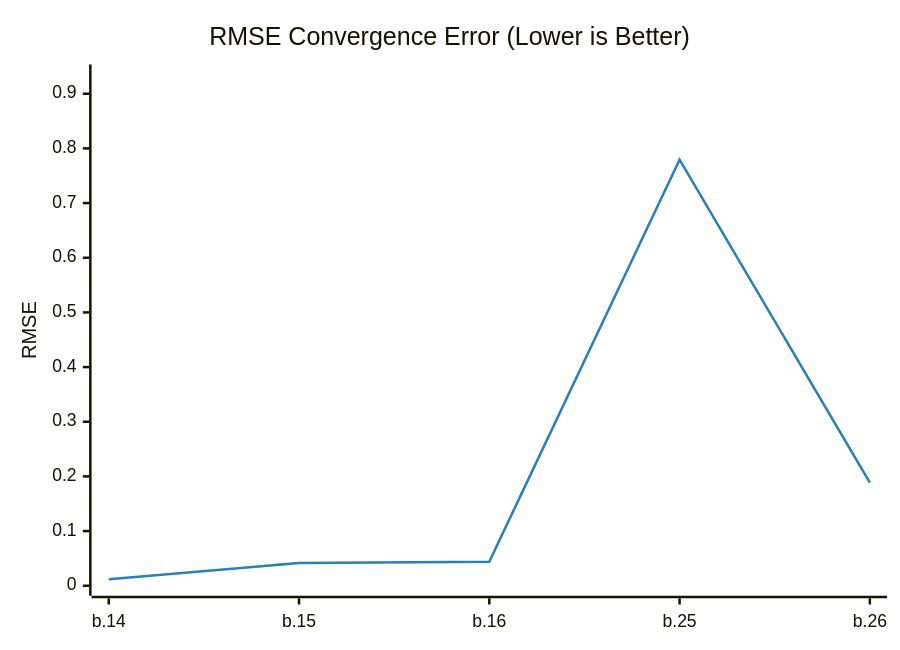
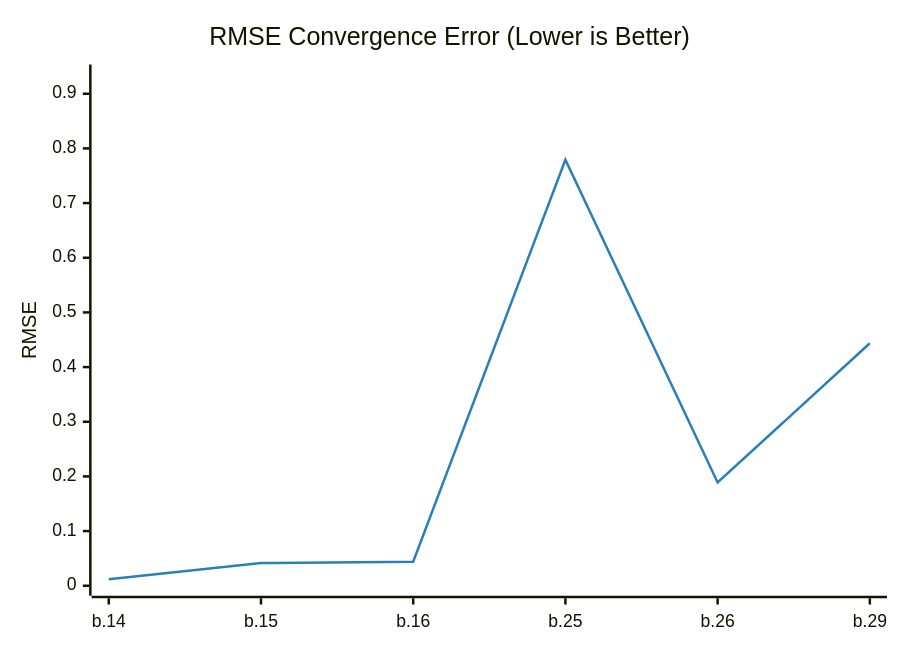
Before and after one commit to timo-eberl/tracy: the diagram in README.md, drawn with Mermaid. The commit also changed other lines of this file and 2 other files, not shown here.

````diff
--- a/README.md
+++ b/README.md
@@ -13,14 +13,14 @@
 ```mermaid
 ---
 config:
     theme: base
     themeVariables:
         xyChart:
             plotColorPalette: "#2980b9"
 ---
 xychart-beta
     title "RMSE Convergence Error (Lower is Better)"
-    x-axis ["b.14", "b.15", "b.16", "b.25", "b.26"]
+    x-axis ["b.14", "b.15", "b.16", "b.25", "b.26", "b.29"]
     y-axis "RMSE" 0 --> 0.9352
-    line [0.012064, 0.041607, 0.043946, 0.7793, 0.1888]
+    line [0.012064, 0.041607, 0.043946, 0.7793, 0.1888, 0.4436]
 ```
````
